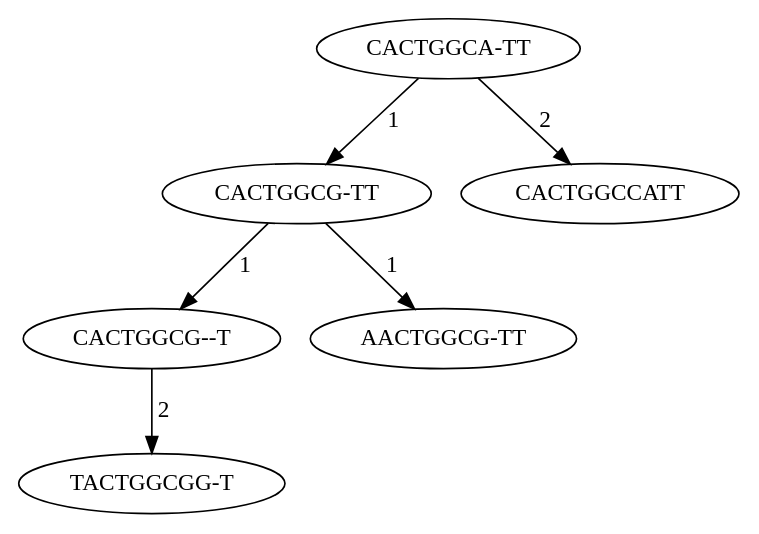
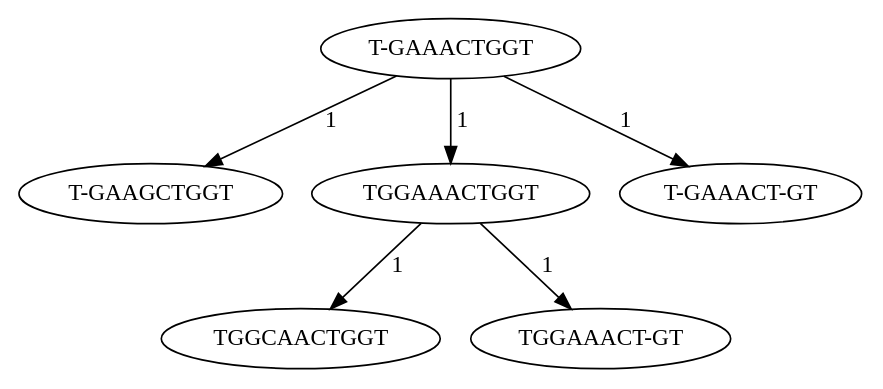
Before and after one commit to JeanSebastienBach/Stage_Alignement: the diagram in arbre.dot, drawn with Graphviz. The commit also changed 9 other files, not shown here.

```diff
--- a/arbre.dot
+++ b/arbre.dot
@@ -1,12 +1,12 @@
-digraph A {
-"CACTGGCA-TT" -> "CACTGGCG-TT" [label=" 1"];
-// CACTGGCATT CACTGGCGTT 1
-"CACTGGCG-TT" -> "CACTGGCG--T" [label=" 1"];
-// CACTGGCGTT CACTGGCGT 1
-"CACTGGCG-TT" -> "AACTGGCG-TT" [label=" 1"];
-// CACTGGCGTT AACTGGCGTT 1
-"CACTGGCA-TT" -> "CACTGGCCATT" [label=" 2"];
-// CACTGGCATT CACTGGCCATT 2
-"CACTGGCG--T" -> "TACTGGCGG-T" [label=" 2"];
-// CACTGGCGT TACTGGCGGT 2
+digraph mutation {
+"T-GAAACTGGT" -> "T-GAAGCTGGT" [label=" 1"];
+// TGAAACTGGT TGAAGCTGGT 1
+"T-GAAACTGGT" -> "TGGAAACTGGT" [label=" 1"];
+// TGAAACTGGT TGGAAACTGGT 1
+"T-GAAACTGGT" -> "T-GAAACT-GT" [label=" 1"];
+// TGAAACTGGT TGAAACTGT 1
+"TGGAAACTGGT" -> "TGGCAACTGGT" [label=" 1"];
+// TGGAAACTGGT TGGCAACTGGT 1
+"TGGAAACTGGT" -> "TGGAAACT-GT" [label=" 1"];
+// TGGAAACTGGT TGGAAACTGT 1
 }
```
